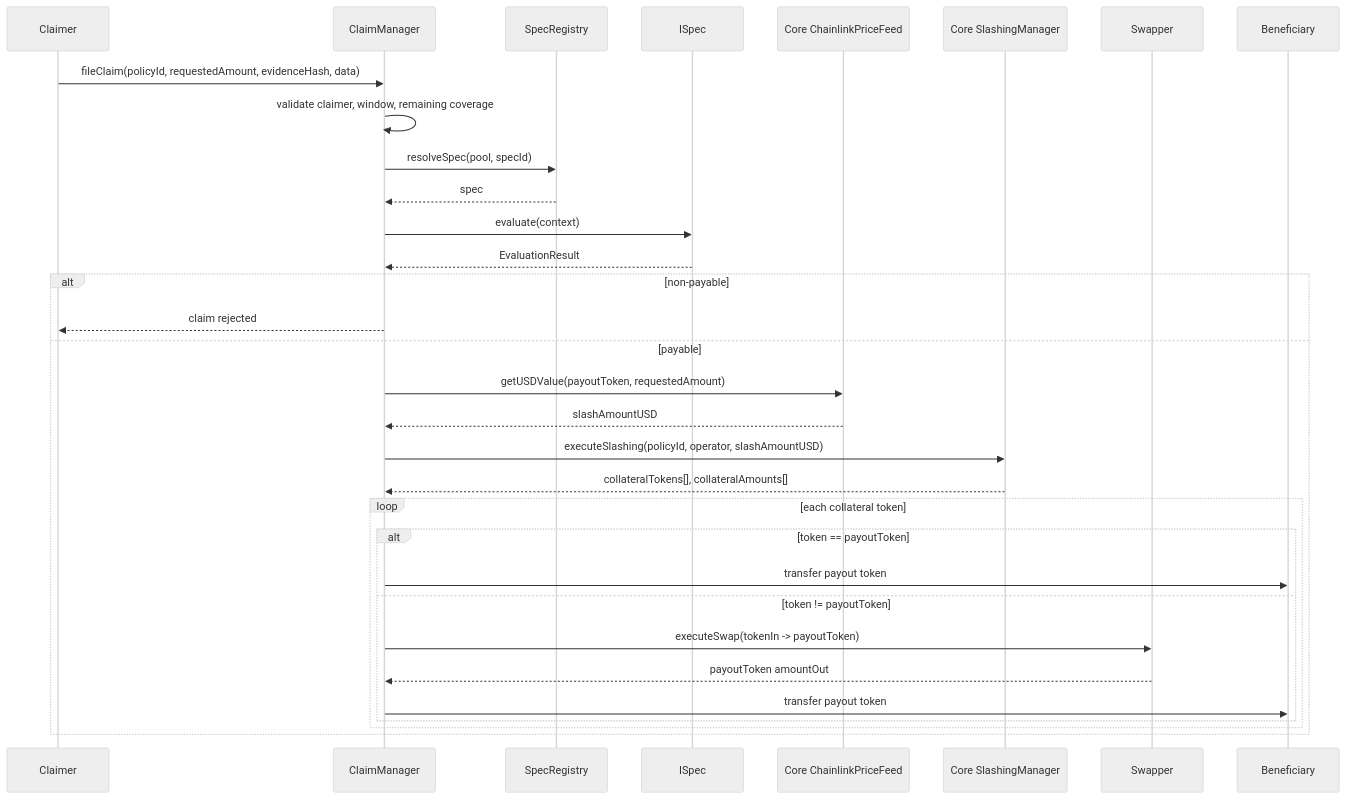
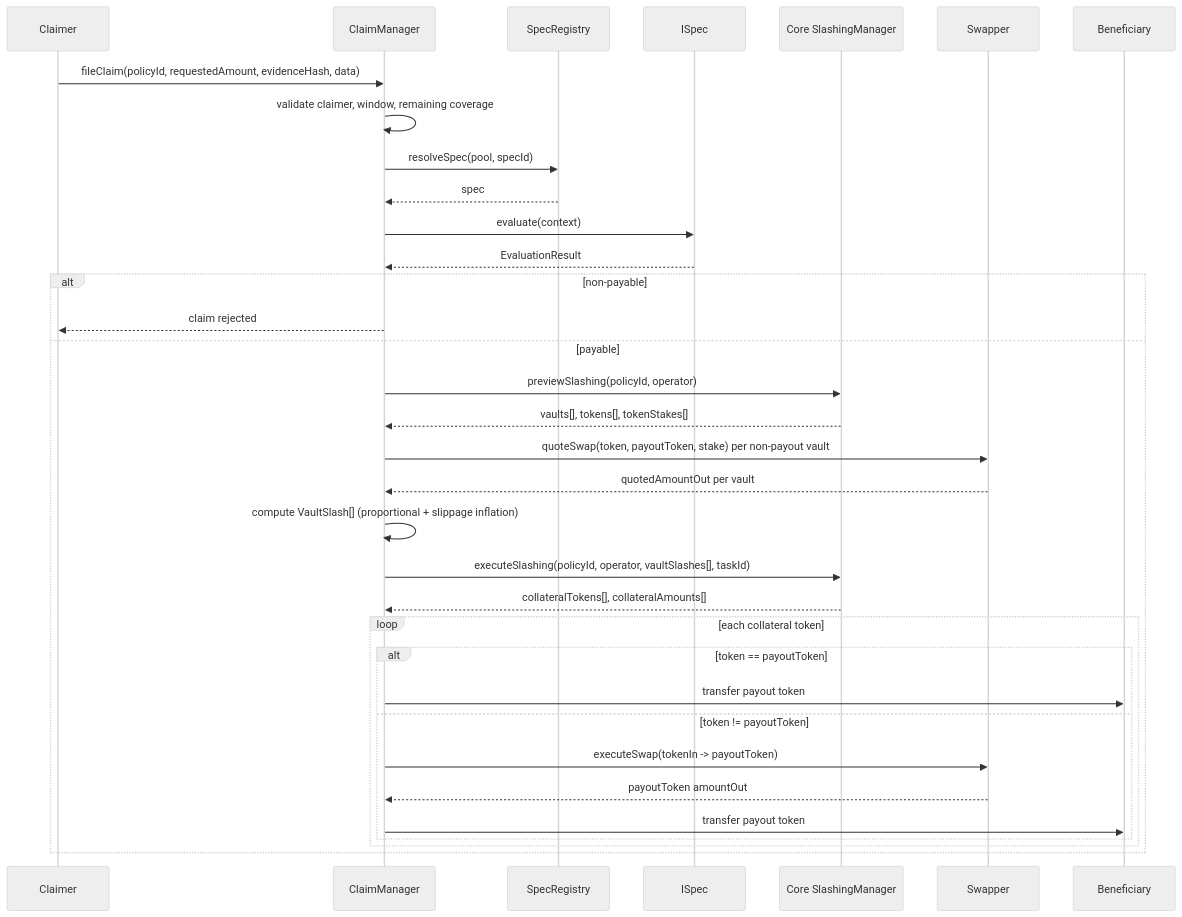
The third of 5 diagrams in docs/architecture/06-premiums-claims.md (0xcatalysis/coverage), drawn with Mermaid (neutral theme) before and after one commit. The commit also changed other lines of this file and 2 other files, not shown here.

Commit message:
docs: update architecture docs for token-native slashing flow

````diff
--- a/docs/architecture/06-premiums-claims.md
+++ b/docs/architecture/06-premiums-claims.md
@@ -108,36 +107,38 @@
 ```mermaid
 sequenceDiagram
     participant Claimer
     participant CM as ClaimManager
     participant SR as SpecRegistry
     participant Spec as ISpec
-    participant PF as Core ChainlinkPriceFeed
     participant SLM as Core SlashingManager
     participant SW as Swapper
     participant Beneficiary
 
     Claimer->>CM: fileClaim(policyId, requestedAmount, evidenceHash, data)
     CM->>CM: validate claimer, window, remaining coverage
     CM->>SR: resolveSpec(pool, specId)
     SR-->>CM: spec
     CM->>Spec: evaluate(context)
     Spec-->>CM: EvaluationResult
 
     alt non-payable
         CM-->>Claimer: claim rejected
     else payable
-        CM->>PF: getUSDValue(payoutToken, requestedAmount)
-        PF-->>CM: slashAmountUSD
-        CM->>SLM: executeSlashing(policyId, operator, slashAmountUSD)
+        CM->>SLM: previewSlashing(policyId, operator)
+        SLM-->>CM: vaults[], tokens[], tokenStakes[]
+        CM->>SW: quoteSwap(token, payoutToken, stake) per non-payout vault
+        SW-->>CM: quotedAmountOut per vault
+        CM->>CM: compute VaultSlash[] (proportional + slippage inflation)
+        CM->>SLM: executeSlashing(policyId, operator, vaultSlashes[], taskId)
         SLM-->>CM: collateralTokens[], collateralAmounts[]
         loop each collateral token
             alt token == payoutToken
                 CM->>Beneficiary: transfer payout token
             else token != payoutToken
                 CM->>SW: executeSwap(tokenIn -> payoutToken)
                 SW-->>CM: payoutToken amountOut
                 CM->>Beneficiary: transfer payout token
             end
         end
     end
 ```
````
